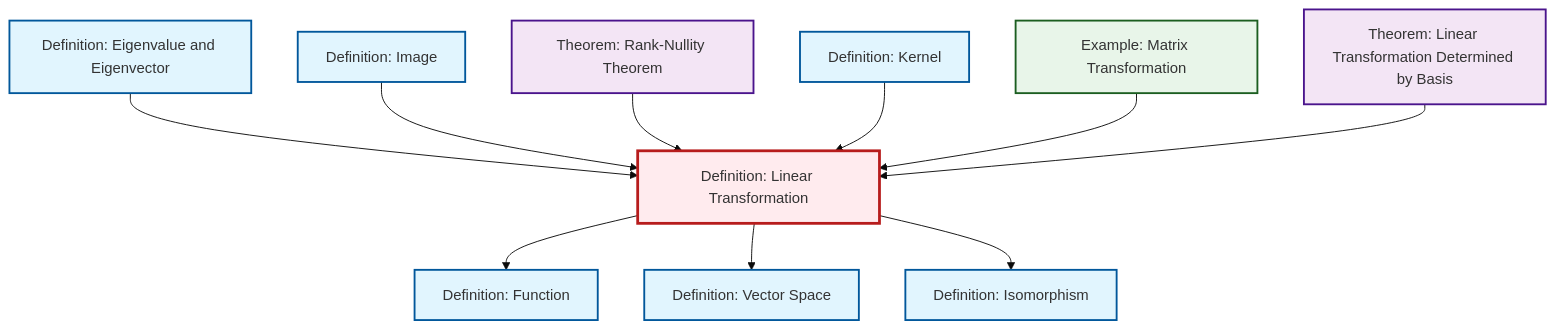
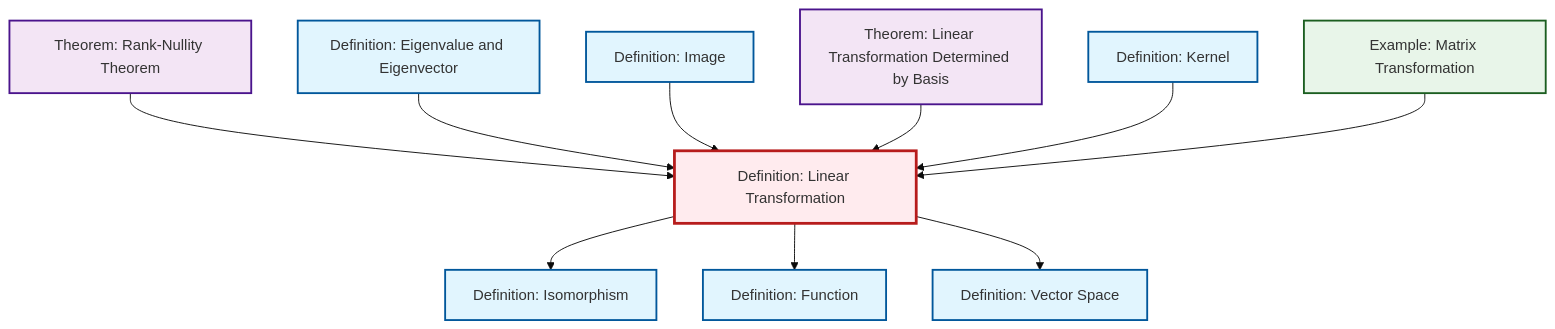
One commit to RK0429/ModernMath changed the diagram in content/en/algebra/def-linear-transformation.qmd. Above: the diagram before and after it, drawn with Mermaid (base theme). The commit also changed other lines of this file and 672 other files, not shown here.

````diff
--- a/content/en/algebra/def-linear-transformation.qmd
+++ b/content/en/algebra/def-linear-transformation.qmd
@@ -46,38 +46,38 @@
 ```{mermaid}
 %%| fig-cap: "Local dependency graph"
 graph TD
     classDef definition fill:#e1f5fe,stroke:#01579b,stroke-width:2px
     classDef theorem fill:#f3e5f5,stroke:#4a148c,stroke-width:2px
     classDef axiom fill:#fff3e0,stroke:#e65100,stroke-width:2px
     classDef example fill:#e8f5e9,stroke:#1b5e20,stroke-width:2px
     classDef current fill:#ffebee,stroke:#b71c1c,stroke-width:3px
-    def-kernel["Definition: Kernel"]:::definition
-    thm-linear-transformation-basis["Theorem: Linear Transformation Determined by Basis"]:::theorem
-    def-vector-space["Definition: Vector Space"]:::definition
-    def-isomorphism["Definition: Isomorphism"]:::definition
-    def-linear-transformation["Definition: Linear Transformation"]:::definition
     thm-rank-nullity["Theorem: Rank-Nullity Theorem"]:::theorem
     def-image["Definition: Image"]:::definition
+    ex-matrix-transformation["Example: Matrix Transformation"]:::example
     def-eigenvalue-eigenvector["Definition: Eigenvalue and Eigenvector"]:::definition
+    def-isomorphism["Definition: Isomorphism"]:::definition
     def-function["Definition: Function"]:::definition
-    ex-matrix-transformation["Example: Matrix Transformation"]:::example
+    def-linear-transformation["Definition: Linear Transformation"]:::definition
+    def-kernel["Definition: Kernel"]:::definition
+    def-vector-space["Definition: Vector Space"]:::definition
+    thm-linear-transformation-basis["Theorem: Linear Transformation Determined by Basis"]:::theorem
+    def-linear-transformation --> def-isomorphism
+    thm-rank-nullity --> def-linear-transformation
     def-eigenvalue-eigenvector --> def-linear-transformation
     def-image --> def-linear-transformation
+    thm-linear-transformation-basis --> def-linear-transformation
     def-linear-transformation --> def-function
+    def-kernel --> def-linear-transformation
+    ex-matrix-transformation --> def-linear-transformation
     def-linear-transformation --> def-vector-space
-    thm-rank-nullity --> def-linear-transformation
-    def-kernel --> def-linear-transformation
-    def-linear-transformation --> def-isomorphism
-    ex-matrix-transformation --> def-linear-transformation
-    thm-linear-transformation-basis --> def-linear-transformation
     class def-linear-transformation current
-    click def-kernel "def-kernel.html" "Go to Kernel definition"
-    click thm-linear-transformation-basis "thm-linear-transformation-basis.html" "Go to Linear Transformation Determined by Basis theorem"
-    click def-vector-space "def-vector-space.html" "Go to Vector Space definition"
-    click def-isomorphism "def-isomorphism.html" "Go to Isomorphism definition"
     click thm-rank-nullity "thm-rank-nullity.html" "Go to Rank-Nullity Theorem theorem"
     click def-image "def-image.html" "Go to Image definition"
+    click ex-matrix-transformation "ex-matrix-transformation.html" "Go to Matrix Transformation example"
     click def-eigenvalue-eigenvector "def-eigenvalue-eigenvector.html" "Go to Eigenvalue and Eigenvector definition"
+    click def-isomorphism "def-isomorphism.html" "Go to Isomorphism definition"
     click def-function "def-function.html" "Go to Function definition"
-    click ex-matrix-transformation "ex-matrix-transformation.html" "Go to Matrix Transformation example"
+    click def-kernel "def-kernel.html" "Go to Kernel definition"
+    click def-vector-space "def-vector-space.html" "Go to Vector Space definition"
+    click thm-linear-transformation-basis "thm-linear-transformation-basis.html" "Go to Linear Transformation Determined by Basis theorem"
 ```
````
